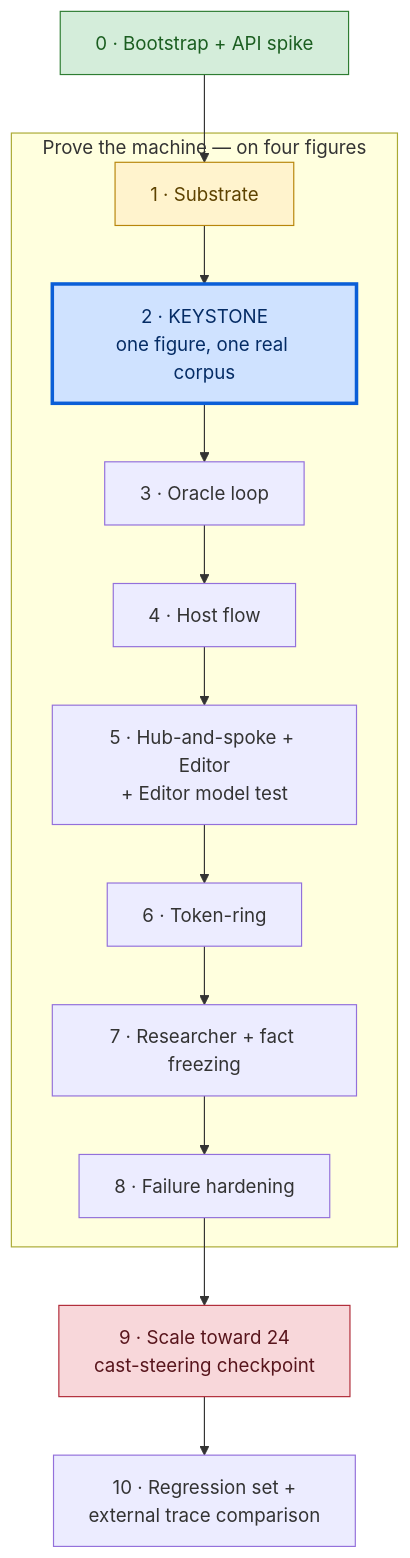
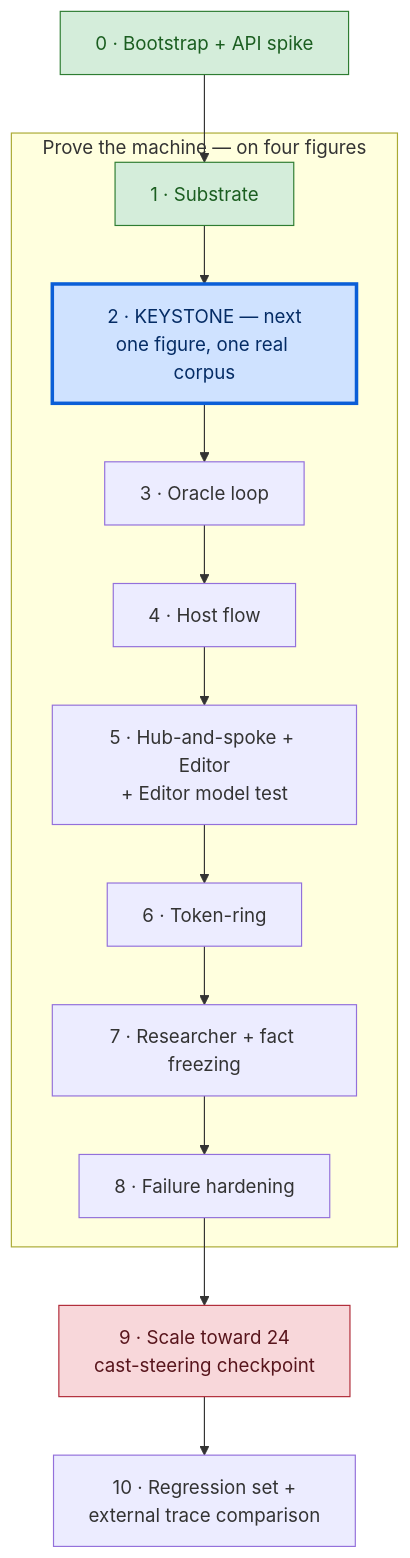
The diagram in docs/AGENT_CHOIR_V2_BUILD_PLAN.md (a-j-rz/agent-choir-studio-2), drawn with Mermaid before and after one commit. The commit also changed other lines of this file and 6 other files, not shown here.

````diff
--- a/docs/AGENT_CHOIR_V2_BUILD_PLAN.md
+++ b/docs/AGENT_CHOIR_V2_BUILD_PLAN.md
@@ -22,29 +22,29 @@
 ```mermaid
 flowchart TD
-    P0["0 · Bootstrap + API spike"]:::done --> P1["1 · Substrate"]:::next
-    P1 --> P2["2 · KEYSTONE<br/>one figure, one real corpus"]:::key
+    P0["0 · Bootstrap + API spike"]:::done --> P1["1 · Substrate"]:::done
+    P1 --> P2["2 · KEYSTONE — next<br/>one figure, one real corpus"]:::key
     P2 --> P3["3 · Oracle loop"]
     P3 --> P4["4 · Host flow"]
     P4 --> P5["5 · Hub-and-spoke + Editor<br/>+ Editor model test"]
     P5 --> P6["6 · Token-ring"]
     P6 --> P7["7 · Researcher + fact freezing"]
     P7 --> P8["8 · Failure hardening"]
     P8 --> P9["9 · Scale toward 24<br/>cast-steering checkpoint"]:::check
     P9 --> P10["10 · Regression set +<br/>external trace comparison"]
 
     subgraph Machine["Prove the machine — on four figures"]
         P1
         P2
         P3
         P4
         P5
         P6
         P7
         P8
     end
 
     classDef done fill:#d4edda,stroke:#2e7d32,color:#1b5e20
     classDef next fill:#fff3cd,stroke:#b8860b,color:#5d4200
     classDef key fill:#cfe2ff,stroke:#0b5ed7,color:#052c65,stroke-width:3px
     classDef check fill:#f8d7da,stroke:#b02a37,color:#58151c
 ```
````
